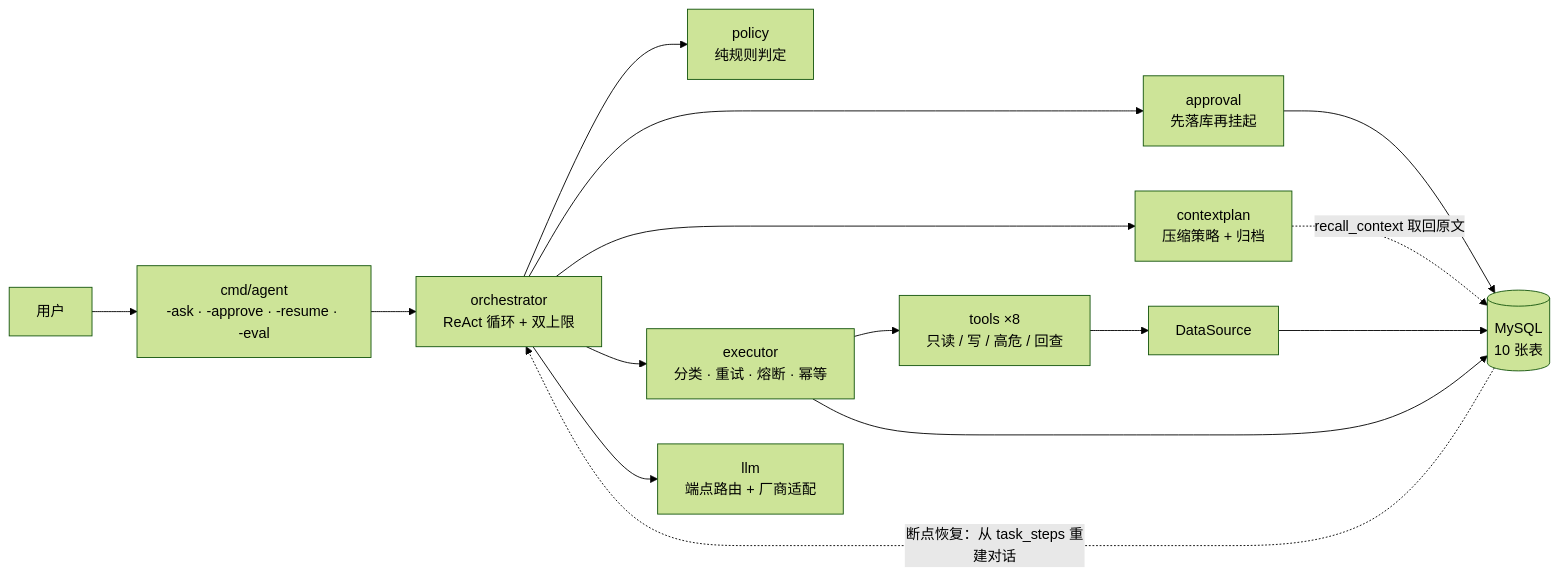
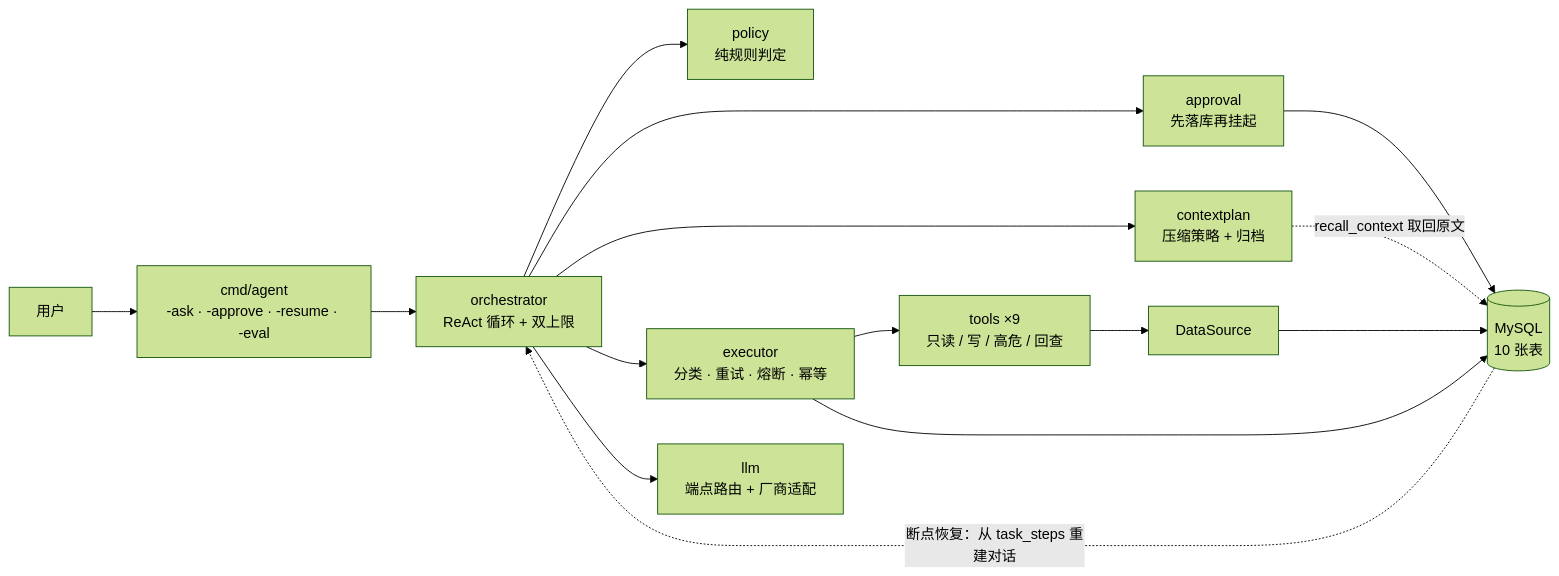
Before and after one commit to li353717167-spec/safeguard-agent: the diagram in README.md, drawn with Mermaid (forest theme). The commit also changed other lines of this file and 8 other files, not shown here.

````diff
--- a/README.md
+++ b/README.md
@@ -31,17 +31,17 @@
 ```mermaid
 flowchart LR
     U["用户"] --> CLI["cmd/agent<br/>-ask · -approve · -resume · -eval"]
     CLI --> O["orchestrator<br/>ReAct 循环 + 双上限"]
     O --> P["policy<br/>纯规则判定"]
     O --> G["approval<br/>先落库再挂起"]
     O --> C["contextplan<br/>压缩策略 + 归档"]
     O --> E["executor<br/>分类 · 重试 · 熔断 · 幂等"]
-    E --> T["tools ×8<br/>只读 / 写 / 高危 / 回查"]
+    E --> T["tools ×9<br/>只读 / 写 / 高危 / 回查"]
     T --> DS["DataSource"]
     DS --> DB[("MySQL<br/>10 张表")]
     O --> LLM["llm<br/>端点路由 + 厂商适配"]
     C -.->|"recall_context 取回原文"| DB
     G --> DB
     E --> DB
     DB -.->|"断点恢复：从 task_steps 重建对话"| O
 ```
````
